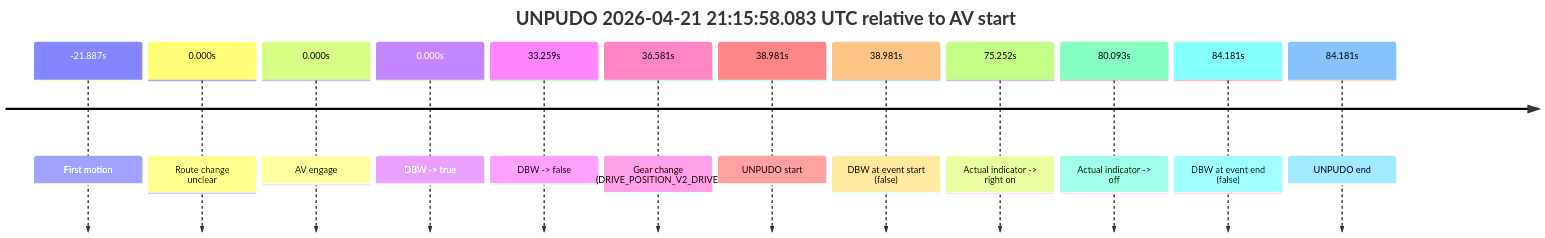
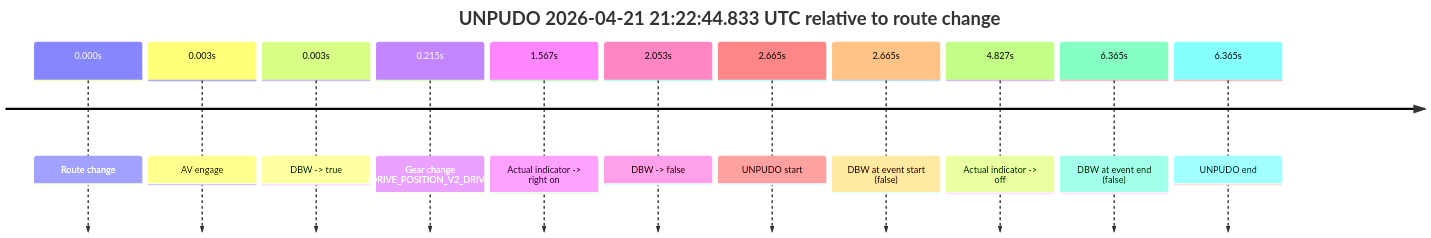
The second of 3 diagrams in model_analysis/report_cards/2026/04/Week-4/fme20031--2026-04-21--20-55-03--gen2-av-6012f067-7eac-4c54-af80-fe1b295980aa.md (yoelshapiro/vault), drawn with Mermaid before and after one commit. The commit also changed other lines of this file, not shown here.

````diff
--- a/model_analysis/report_cards/2026/04/Week-4/fme20031--2026-04-21--20-55-03--gen2-av-6012f067-7eac-4c54-af80-fe1b295980aa.md
+++ b/model_analysis/report_cards/2026/04/Week-4/fme20031--2026-04-21--20-55-03--gen2-av-6012f067-7eac-4c54-af80-fe1b295980aa.md
@@ -239,16 +149,15 @@
 ```mermaid
 timeline
-    title UNPUDO 2026-04-21 21:15:58.083 UTC relative to AV start
-    -21.887s : First motion
-    0.000s : Route change unclear
-    0.000s : AV engage
-    0.000s : DBW -> true
-    33.259s : DBW -> false
-    36.581s : Gear change (DRIVE_POSITION_V2_DRIVE)
-    38.981s : UNPUDO start
-    38.981s : DBW at event start (false)
-    75.252s : Actual indicator -> right on
-    80.093s : Actual indicator -> off
-    84.181s : DBW at event end (false)
-    84.181s : UNPUDO end
+    title UNPUDO 2026-04-21 21:22:44.833 UTC relative to route change
+    0.000s : Route change
+    0.003s : AV engage
+    0.003s : DBW -> true
+    0.215s : Gear change (DRIVE_POSITION_V2_DRIVE)
+    1.567s : Actual indicator -> right on
+    2.053s : DBW -> false
+    2.665s : UNPUDO start
+    2.665s : DBW at event start (false)
+    4.827s : Actual indicator -> off
+    6.365s : DBW at event end (false)
+    6.365s : UNPUDO end
 ```
````
